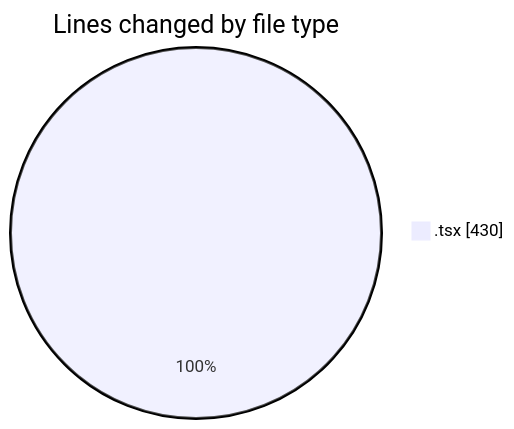
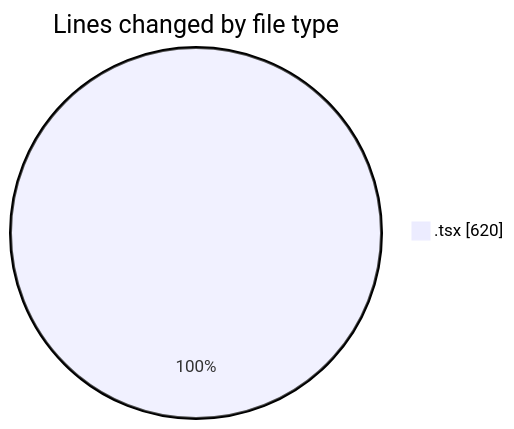
Before and after one commit to momahboobian/code-tracking: the first of 2 diagrams in 2025-02-11/cda/README.md, drawn with Mermaid. The commit also changed other lines of this file and 1 other file, not shown here.

````diff
--- a/2025-02-11/cda/README.md
+++ b/2025-02-11/cda/README.md
@@ -20,5 +20,5 @@
 ```mermaid
 pie showData
 title Lines changed by file type
-".tsx" : 430
+".tsx" : 620
 ```
````
